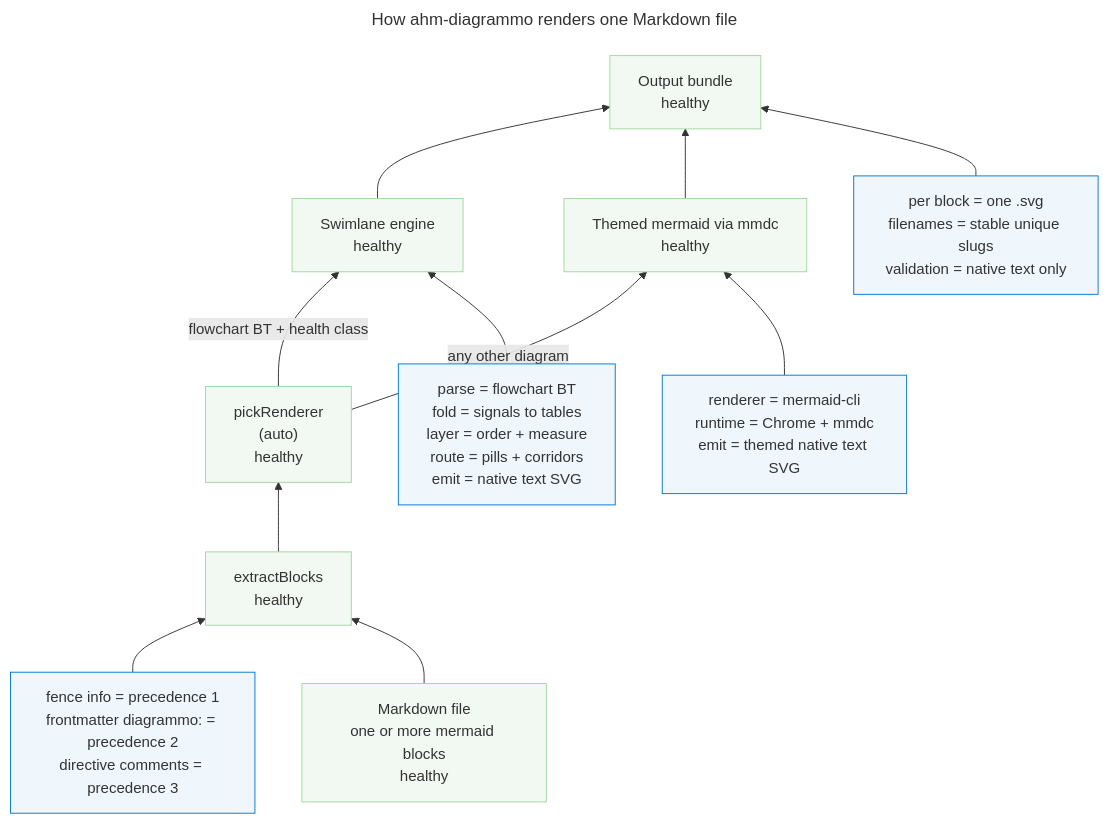
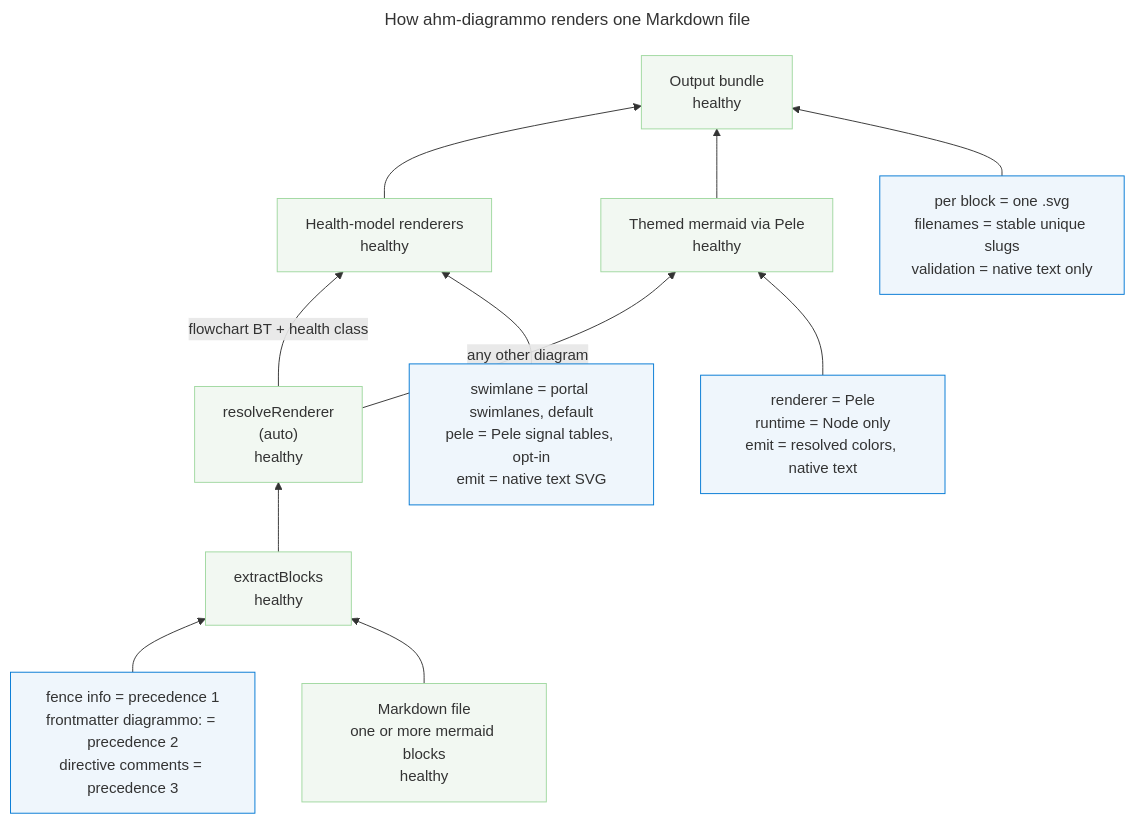
The diagram in docs/how-it-works.md (abossard/ahm-diagrammo), drawn with Mermaid before and after one commit. The commit also changed other lines of this file and 272 other files, not shown here.

First line of the commit message:
feat!: one CLI entry point for the swimlane and Pele looks

````diff
--- a/docs/how-it-works.md
+++ b/docs/how-it-works.md
@@ -29,30 +27,30 @@
 ```mermaid
 ---
 title: How ahm-diagrammo renders one Markdown file
 diagrammo:
   name: how-it-works-pipeline
   theme: portal
   subtitle: Read bottom-up, from Markdown input to the output bundle.
   lanes: [Output bundle, Renderers, Selection, Extraction, Markdown input]
 ---
 flowchart BT
     channels["fence info = precedence 1<br/>frontmatter diagrammo: = precedence 2<br/>directive comments = precedence 3"] --> extract["extractBlocks<br/>healthy"]
     md["Markdown file<br/>one or more mermaid blocks<br/>healthy"] --> extract
 
-    extract --> select["pickRenderer<br/>(auto)<br/>healthy"]
-    select -->|"flowchart BT + health class"| swim["Swimlane engine<br/>healthy"]
-    select -->|"any other diagram"| mmd["Themed mermaid via mmdc<br/>healthy"]
+    extract --> select["resolveRenderer<br/>(auto)<br/>healthy"]
+    select -->|"flowchart BT + health class"| ahm["Health-model renderers<br/>healthy"]
+    select -->|"any other diagram"| mmd["Themed mermaid via Pele<br/>healthy"]
 
-    swimStages["parse = flowchart BT<br/>fold = signals to tables<br/>layer = order + measure<br/>route = pills + corridors<br/>emit = native text SVG"] --> swim
-    mmdRuntime["renderer = mermaid-cli<br/>runtime = Chrome + mmdc<br/>emit = themed native text SVG"] --> mmd
+    ahmLooks["swimlane = portal swimlanes, default<br/>pele = Pele signal tables, opt-in<br/>emit = native text SVG"] --> ahm
+    mmdRuntime["renderer = Pele<br/>runtime = Node only<br/>emit = resolved colors, native text"] --> mmd
 
-    swim --> out["Output bundle<br/>healthy"]
+    ahm --> out["Output bundle<br/>healthy"]
     mmd --> out
     artifacts["per block = one .svg<br/>filenames = stable unique slugs<br/>validation = native text only"] --> out
 
     classDef blue fill:#eff6fc,stroke:#0078D4;
     classDef green fill:#f2f8f2,stroke:#a0d8a0;
     classDef amber fill:#fbf2e7,stroke:#db7500;
-    class channels,swimStages,mmdRuntime,artifacts blue;
-    class md,extract,select,swim,mmd,out green;
+    class channels,ahmLooks,mmdRuntime,artifacts blue;
+    class md,extract,select,ahm,mmd,out green;
 ```
````
